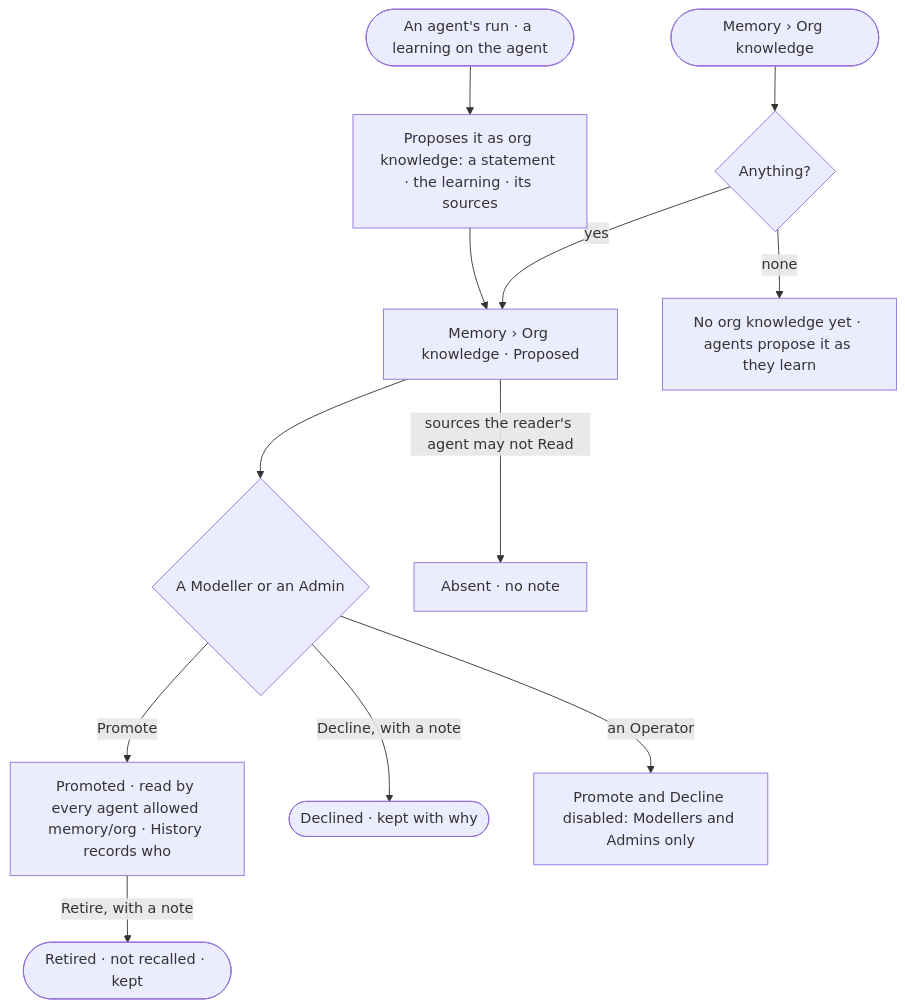
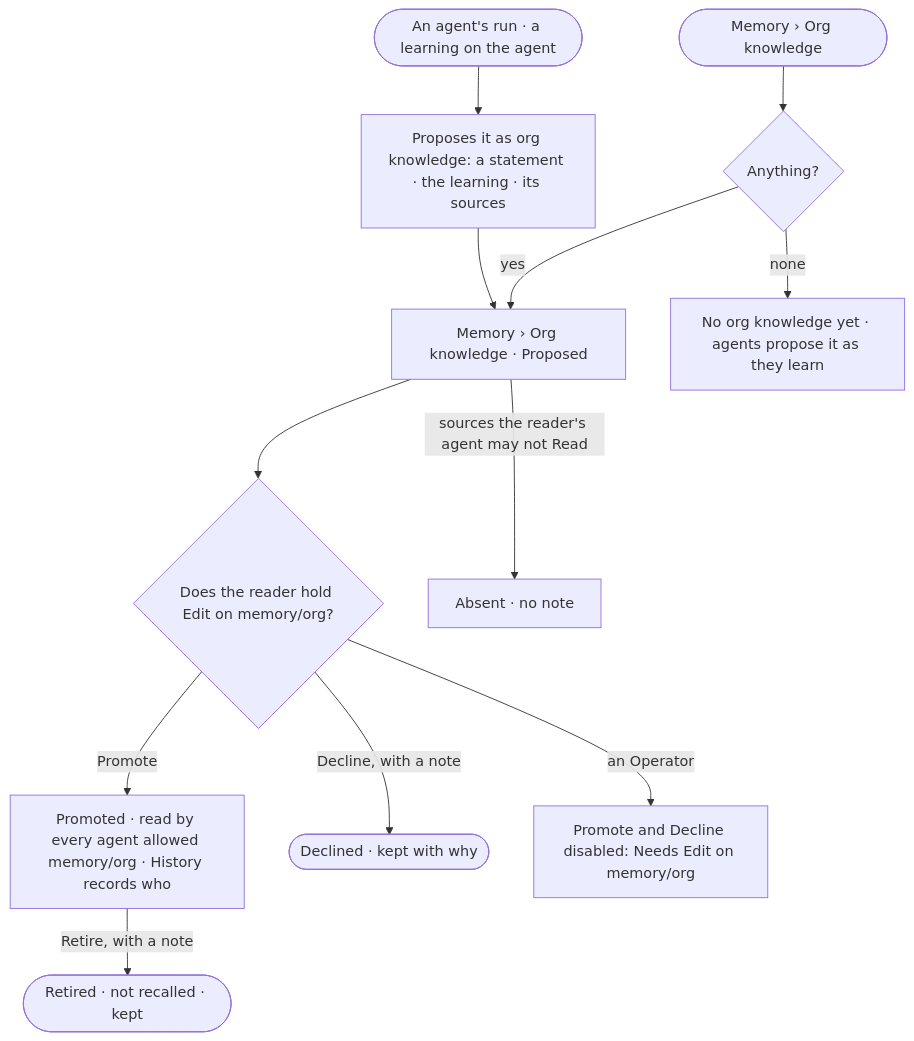
Before and after one commit to invana/invana: the first of 2 diagrams in specs/os/graph/features/GP-F02-memory/stories/GP-09-promote-a-learning-to-org-knowledge/story.md, drawn with Mermaid. The commit also changed other lines of this file and 228 other files, not shown here.

````diff
--- a/specs/os/graph/features/GP-F02-memory/stories/GP-09-promote-a-learning-to-org-knowledge/story.md
+++ b/specs/os/graph/features/GP-F02-memory/stories/GP-09-promote-a-learning-to-org-knowledge/story.md
@@ -31,14 +31,14 @@
 ```mermaid
 flowchart TD
   ag([An agent's run · a learning on the agent]) --> p["Proposes it as org knowledge: a statement · the learning · its sources"]
   p --> l["Memory › Org knowledge · Proposed"]
   s([Memory › Org knowledge]) --> any{"Anything?"}
   any -->|none| e["No org knowledge yet · agents propose it as they learn"]
   any -->|yes| l
-  l --> d{"A Modeller or an Admin"}
+  l --> d{"Does the reader hold Edit on memory/org?"}
   d -->|Promote| pr["Promoted · read by every agent allowed memory/org · History records who"]
   d -->|Decline, with a note| dc(["Declined · kept with why"])
-  d -->|an Operator| no["Promote and Decline disabled: Modellers and Admins only"]
+  d -->|an Operator| no["Promote and Decline disabled: Needs Edit on memory/org"]
   pr -->|Retire, with a note| rt(["Retired · not recalled · kept"])
   l -->|sources the reader's agent may not Read| wh["Absent · no note"]
 ```
````
